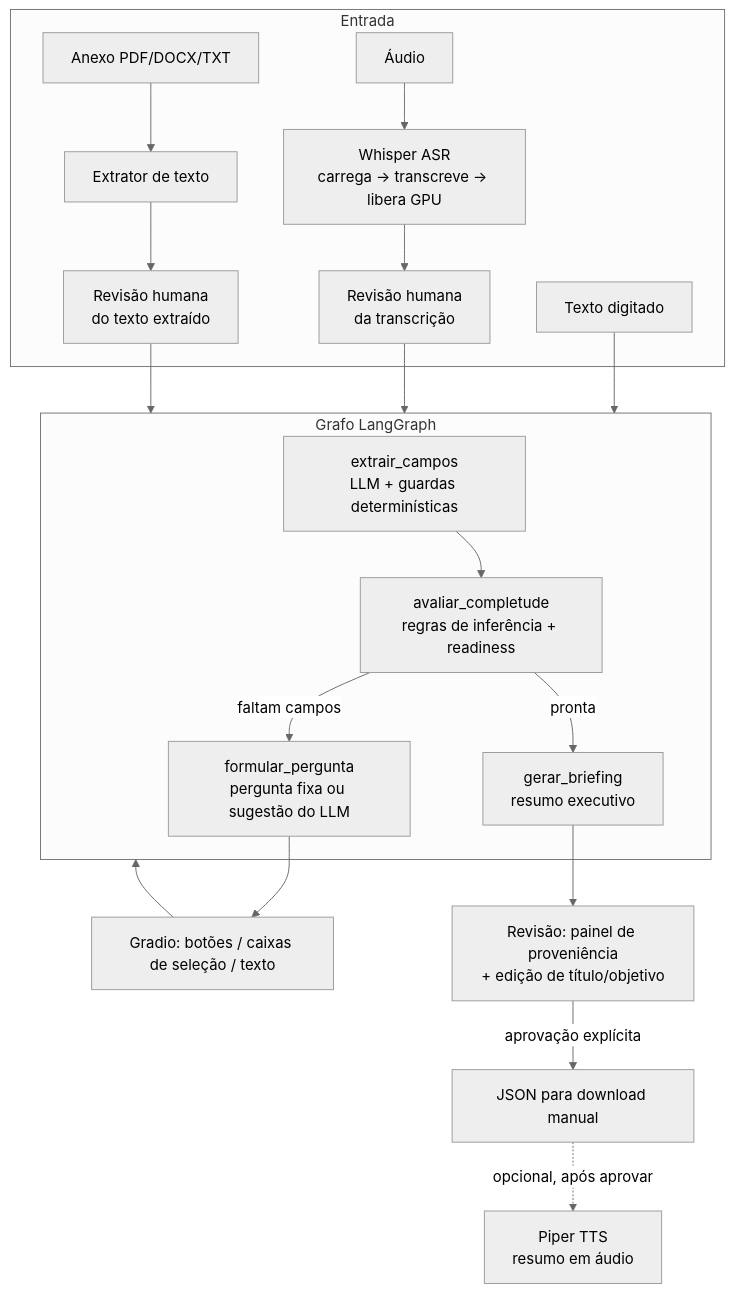
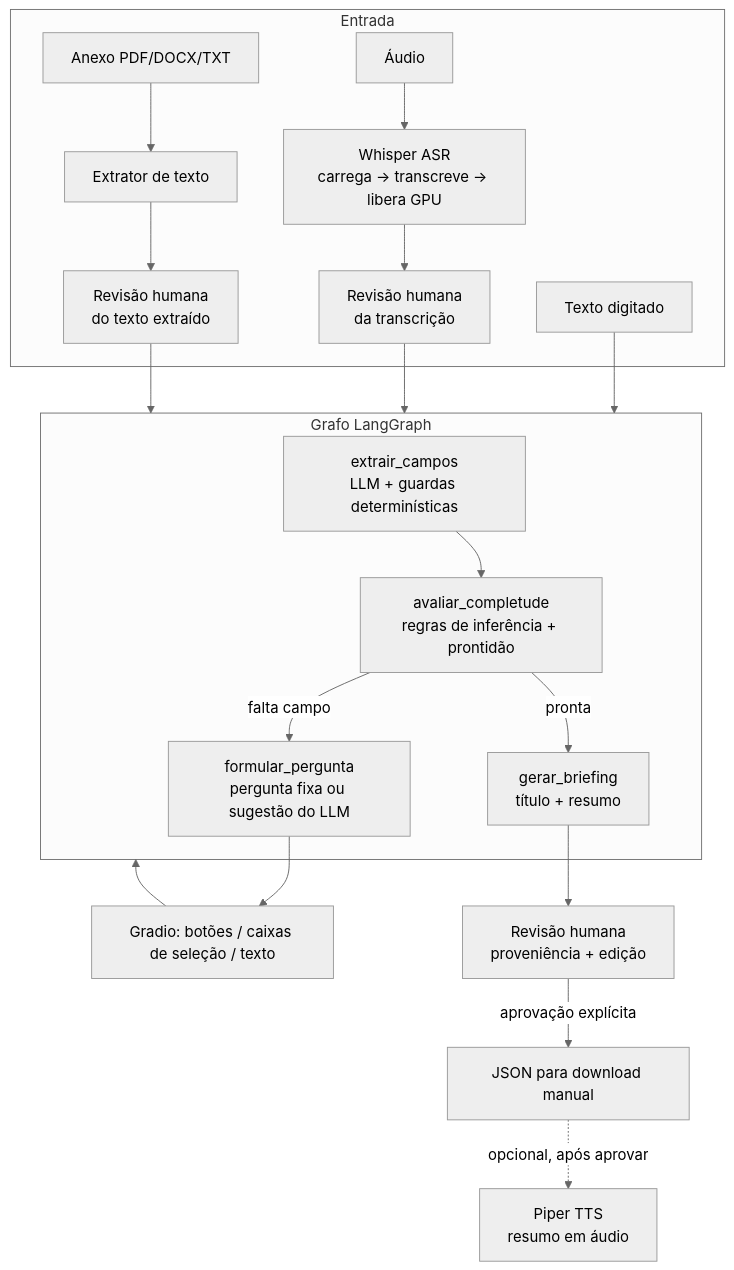
The diagram in README.md (philsimoes/databrief-ai), drawn with Mermaid (neutral theme) before and after one commit. The commit also changed other lines of this file, not shown here.

Commit message:
bloco37: readme no modelo oficial do curso genai e llm master

````diff
--- a/README.md
+++ b/README.md
@@ -101,26 +73,26 @@
 ```mermaid
 flowchart TD
     subgraph Entrada
         T[Texto digitado]
         A[Áudio] --> W[Whisper ASR<br/>carrega → transcreve → libera GPU]
         F[Anexo PDF/DOCX/TXT] --> X[Extrator de texto]
         W --> R1[Revisão humana<br/>da transcrição]
         X --> R2[Revisão humana<br/>do texto extraído]
     end
 
     T --> G
     R1 --> G
     R2 --> G
 
     subgraph G[Grafo LangGraph]
-        E[extrair_campos<br/>LLM + guardas determinísticas] --> AV[avaliar_completude<br/>regras de inferência + readiness]
-        AV -->|faltam campos| P[formular_pergunta<br/>pergunta fixa ou sugestão do LLM]
-        AV -->|pronta| B[gerar_briefing<br/>resumo executivo]
+        E[extrair_campos<br/>LLM + guardas determinísticas] --> AV[avaliar_completude<br/>regras de inferência + prontidão]
+        AV -->|falta campo| P[formular_pergunta<br/>pergunta fixa ou sugestão do LLM]
+        AV -->|pronta| B[gerar_briefing<br/>título + resumo]
     end
 
     P --> UI[Gradio: botões / caixas de seleção / texto]
     UI --> G
-    B --> REV[Revisão: painel de proveniência<br/>+ edição de título/objetivo]
+    B --> REV[Revisão humana<br/>proveniência + edição]
     REV -->|aprovação explícita| OUT[JSON para download manual]
     OUT -.->|opcional, após aprovar| TTS[Piper TTS<br/>resumo em áudio]
 ```
````
